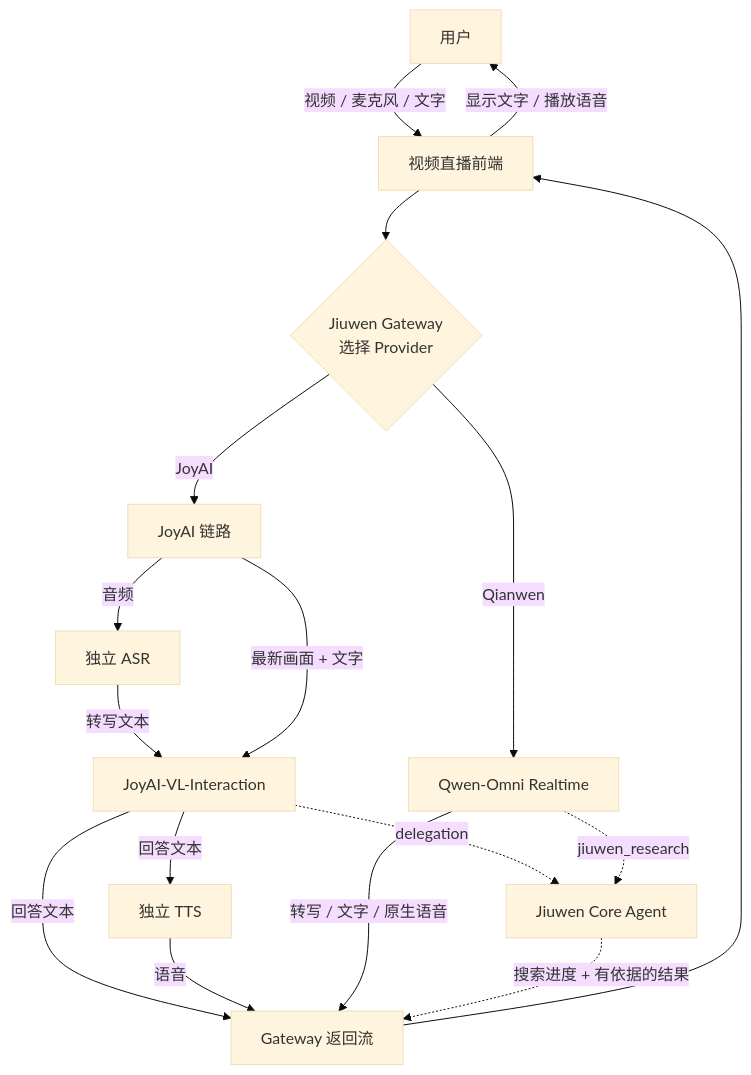
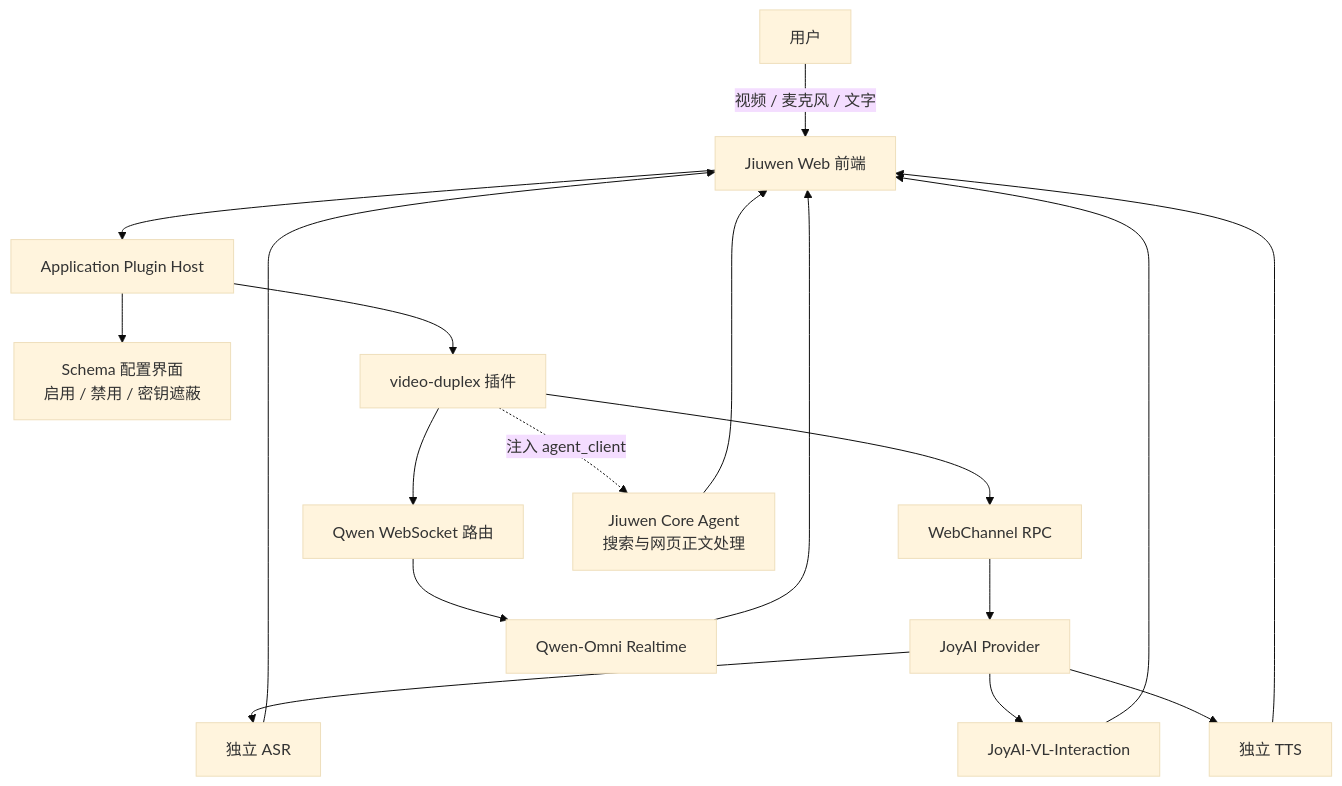
Before and after one commit to openJiuwen-ai/jiuwenclaw: the first of 3 diagrams in docs/zh/全双工.md, drawn with Mermaid (base theme). The commit also changed other lines of this file and 1 other file, not shown here.

Commit message:
docs(extensions): document UI-first duplex setup

````diff
--- a/docs/zh/全双工.md
+++ b/docs/zh/全双工.md
@@ -7,22 +11,24 @@
 ```mermaid
 flowchart TB
-    User["用户"] -->|"视频 / 麦克风 / 文字"| Frontend["视频直播前端"]
-    Frontend --> Gateway{"Jiuwen Gateway<br/>选择 Provider"}
+    User["用户"] -->|"视频 / 麦克风 / 文字"| UI["Jiuwen Web 前端"]
+    UI --> Host["Application Plugin Host"]
 
-    Gateway -->|"JoyAI"| JoyPath["JoyAI 链路"]
-    JoyPath -->|"音频"| ASR["独立 ASR"]
-    ASR -->|"转写文本"| JoyAI["JoyAI-VL-Interaction"]
-    JoyPath -->|"最新画面 + 文字"| JoyAI
-    JoyAI -->|"回答文本"| TTS["独立 TTS"]
-    JoyAI -->|"回答文本"| Return["Gateway 返回流"]
-    TTS -->|"语音"| Return
+    Host --> Settings["Schema 配置界面<br/>启用 / 禁用 / 密钥遮蔽"]
+    Host --> Plugin["video-duplex 插件"]
+    Plugin --> RPC["WebChannel RPC"]
+    Plugin --> WS["Qwen WebSocket 路由"]
 
-    Gateway -->|"Qianwen"| Qwen["Qwen-Omni Realtime"]
-    Qwen -->|"转写 / 文字 / 原生语音"| Return
+    RPC --> Joy["JoyAI Provider"]
+    Joy --> ASR["独立 ASR"]
+    Joy --> Vision["JoyAI-VL-Interaction"]
+    Joy --> TTS["独立 TTS"]
 
-    JoyAI -. "delegation" .-> Agent["Jiuwen Core Agent"]
-    Qwen -. "jiuwen_research" .-> Agent
-    Agent -. "搜索进度 + 有依据的结果" .-> Return
-    Return --> Frontend
-    Frontend -->|"显示文字 / 播放语音"| User
+    WS --> Qwen["Qwen-Omni Realtime"]
+    Plugin -. "注入 agent_client" .-> Core["Jiuwen Core Agent<br/>搜索与网页正文处理"]
+
+    ASR --> UI
+    Vision --> UI
+    TTS --> UI
+    Qwen --> UI
+    Core --> UI
 ```
````
